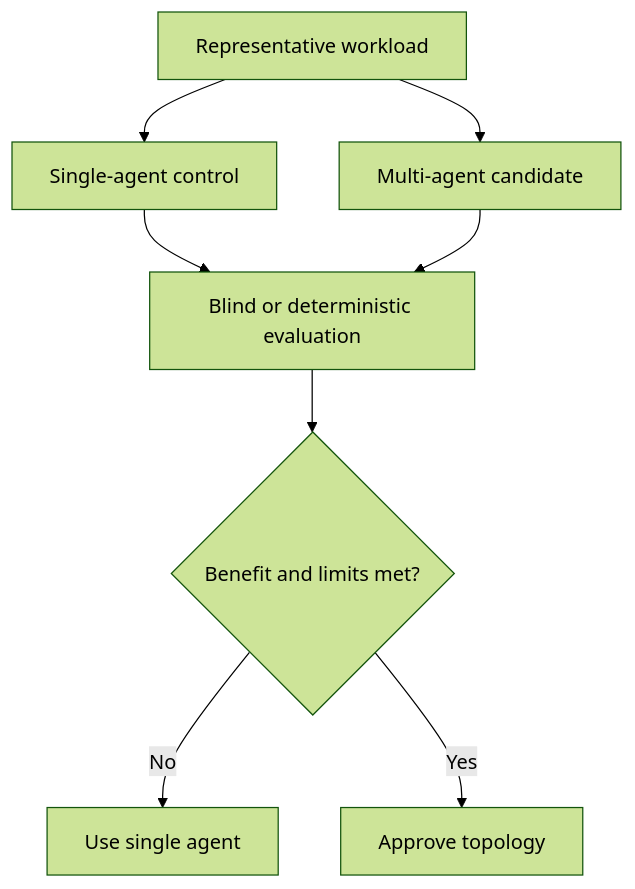
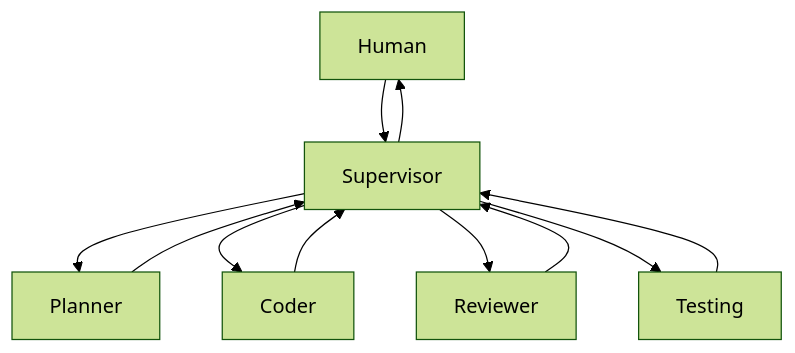
Before and after one commit to grvmithas/open-ai-engineering-standards: the second of 5 diagrams in content/05-multi-agent-systems/standards/architecture-and-benefit.md, drawn with Mermaid (forest theme). The commit also changed other lines of this file and 494 other files, not shown here.

````diff
--- a/content/05-multi-agent-systems/standards/architecture-and-benefit.md
+++ b/content/05-multi-agent-systems/standards/architecture-and-benefit.md
@@ -22,9 +47,13 @@
 ```mermaid
-flowchart TD
-    W[Representative workload] --> S[Single-agent control]
-    W --> M[Multi-agent candidate]
-    S & M --> E[Blind or deterministic evaluation]
-    E --> G{Benefit and limits met?}
-    G -->|No| R[Use single agent]
-    G -->|Yes| P[Approve topology]
+graph TD
+    H[Human] --> S[Supervisor]
+    S --> P[Planner]
+    S --> C[Coder]
+    S --> R[Reviewer]
+    S --> T[Testing]
+    P --> S
+    C --> S
+    R --> S
+    T --> S
+    S --> H
 ```
````
